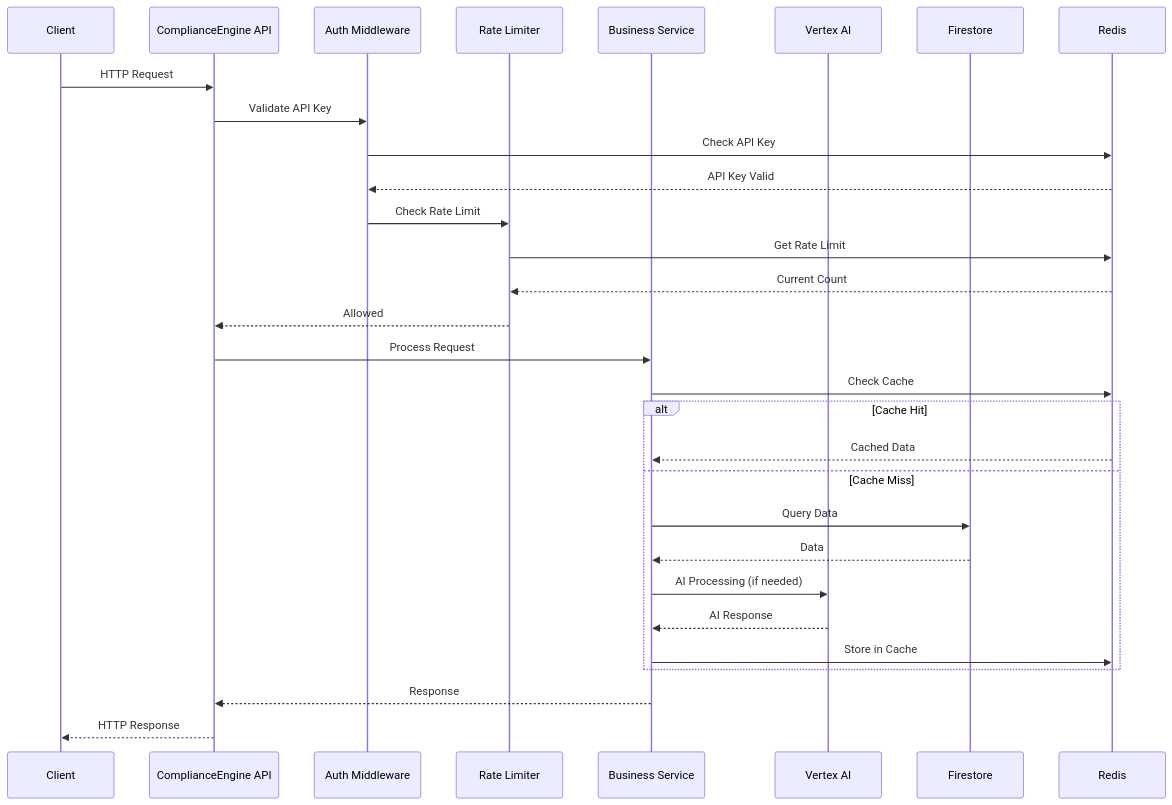
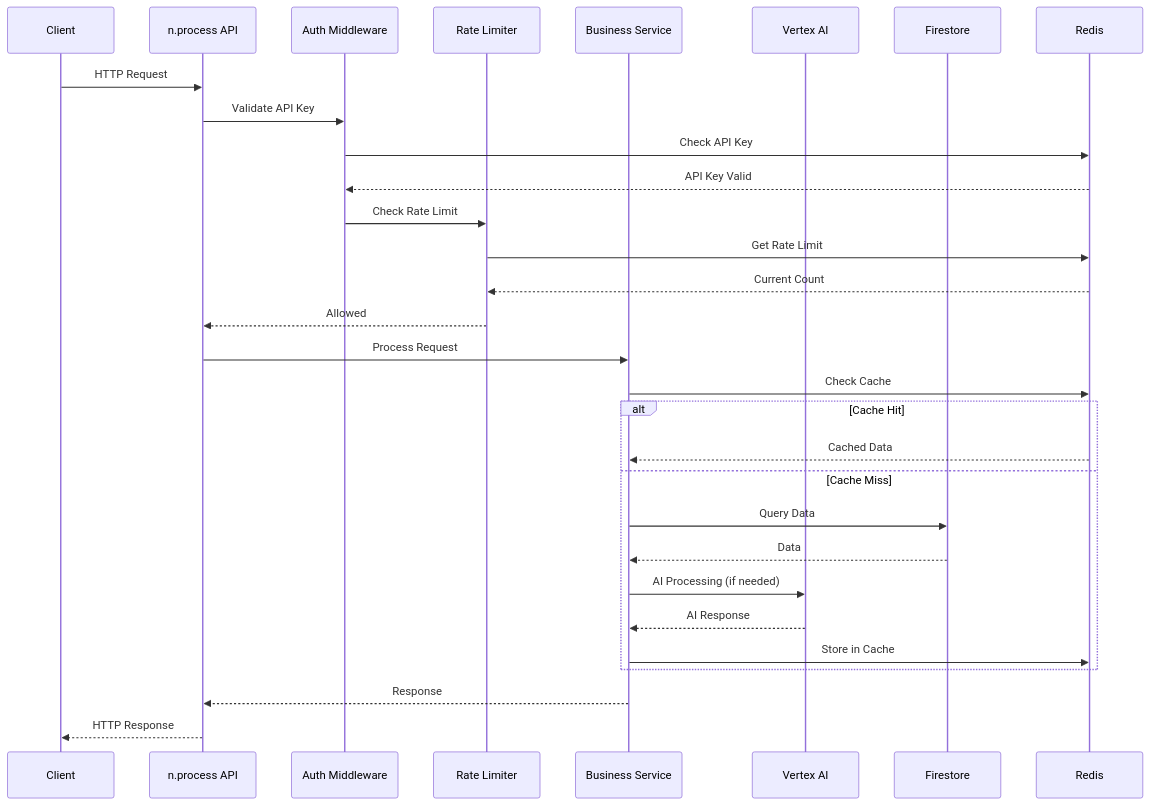
One commit to resper1965/nprocess changed the second of 12 diagrams in README.md. Above: the diagram before and after it, drawn with Mermaid. The commit also changed other lines of this file and 43 other files, not shown here.

First line of the commit message:
refactor: rebrand from ComplianceEngine to n.process

````diff
--- a/README.md
+++ b/README.md
@@ -85,35 +85,35 @@
 ```mermaid
 sequenceDiagram
     participant Client
-    participant API as ComplianceEngine API
+    participant API as n.process API
     participant Auth as Auth Middleware
     participant RateLimit as Rate Limiter
     participant Service as Business Service
     participant AI as Vertex AI
     participant DB as Firestore
     participant Cache as Redis
 
     Client->>API: HTTP Request
     API->>Auth: Validate API Key
     Auth->>Cache: Check API Key
     Cache-->>Auth: API Key Valid
     Auth->>RateLimit: Check Rate Limit
     RateLimit->>Cache: Get Rate Limit
     Cache-->>RateLimit: Current Count
     RateLimit-->>API: Allowed
     
     API->>Service: Process Request
     Service->>Cache: Check Cache
     alt Cache Hit
         Cache-->>Service: Cached Data
     else Cache Miss
         Service->>DB: Query Data
         DB-->>Service: Data
         Service->>AI: AI Processing (if needed)
         AI-->>Service: AI Response
         Service->>Cache: Store in Cache
     end
     
     Service-->>API: Response
     API-->>Client: HTTP Response
 ```
````
